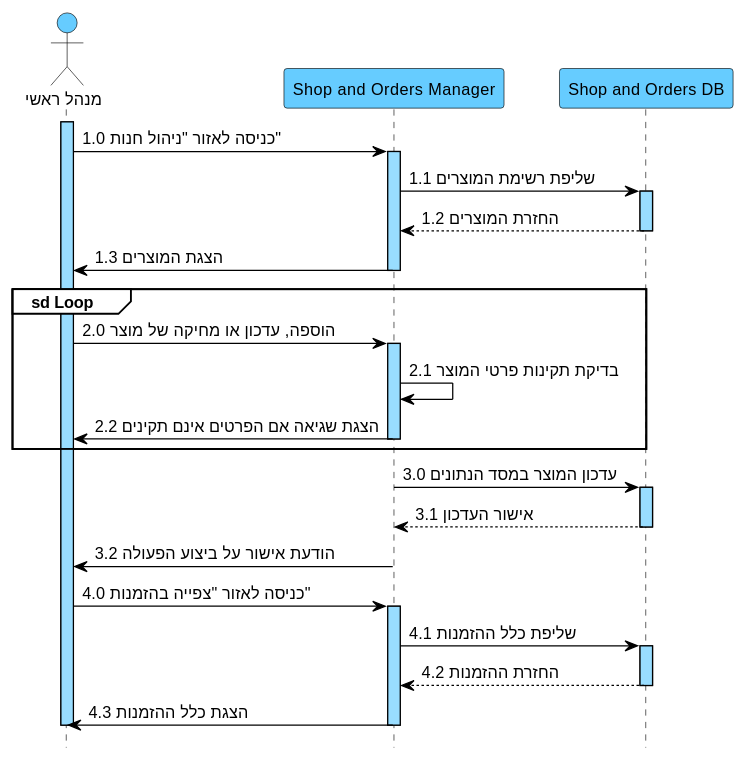
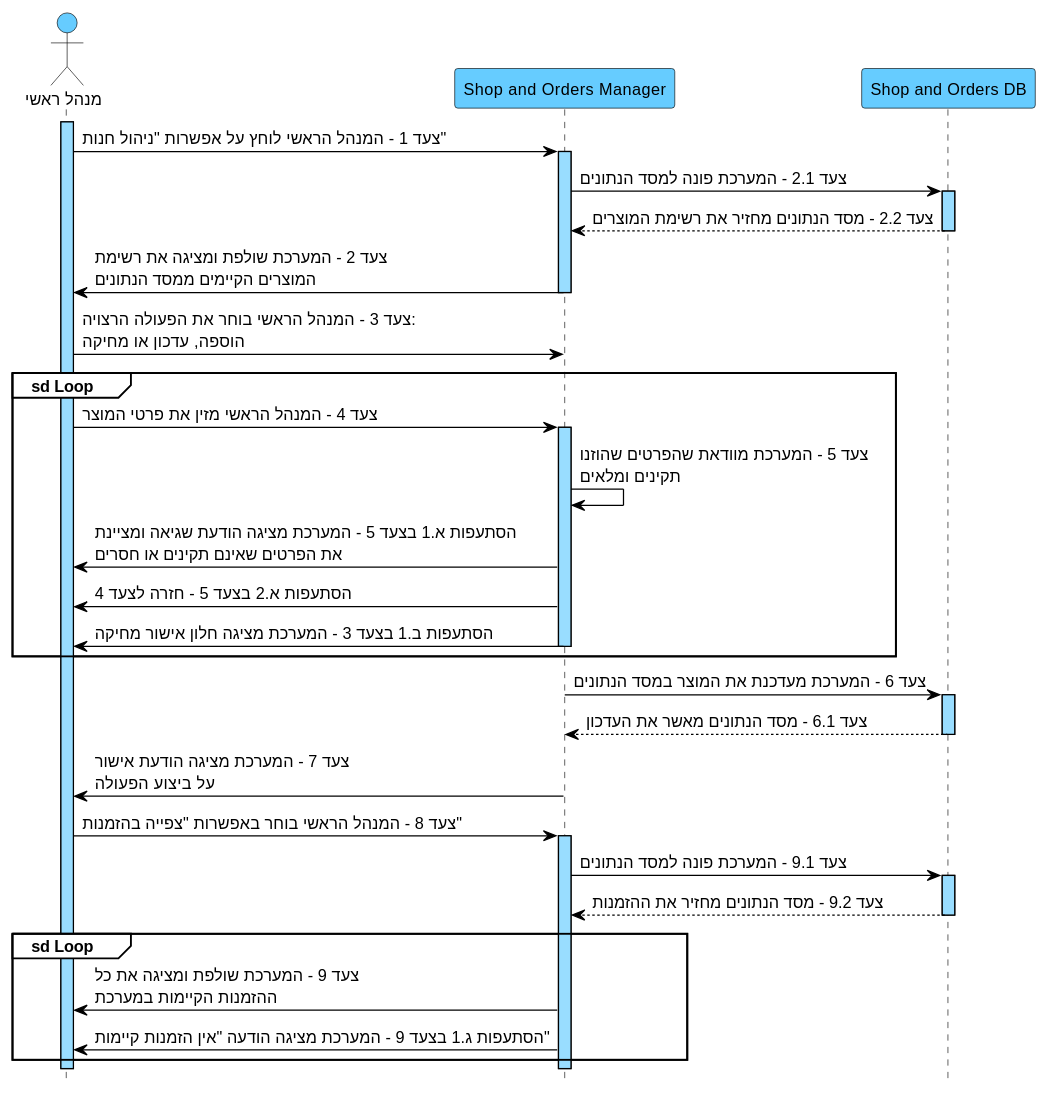
The diagram in docs/diagrams/puml/12-seq-suc12-ניהול-חנות.puml (arielkaplan20/GOLDEN_HAIR_SALOAN), drawn with PlantUML before and after one commit. The commit also changed 26 other files, not shown here.

```diff
--- a/docs/diagrams/puml/12-seq-suc12-ניהול-חנות.puml
+++ b/docs/diagrams/puml/12-seq-suc12-ניהול-חנות.puml
@@ -1,61 +1,69 @@
 @startuml
 hide footbox
 skinparam backgroundColor white
 skinparam defaultFontName Arial
 skinparam defaultFontSize 13
 skinparam sequence {
 ArrowColor black
 ArrowFontColor black
 ActorBorderColor black
 ActorBackgroundColor #66CCFF
 LifeLineBorderColor black
 LifeLineBackgroundColor #99DDFF
 ParticipantBorderColor black
 ParticipantBackgroundColor #66CCFF
 ParticipantFontColor black
 ParticipantFontSize 13
 GroupBorderColor black
 GroupBackgroundColor white
 GroupHeaderFontColor black
 }
 
 actor "מנהל ראשי" as A
 participant "Shop and Orders Manager" as SM
 participant "Shop and Orders DB" as DB
 
 activate A
-A -> SM : 1.0 כניסה לאזור "ניהול חנות"
+A -> SM : צעד 1 - המנהל הראשי לוחץ על אפשרות "ניהול חנות"
 activate SM
-SM -> DB : 1.1 שליפת רשימת המוצרים
+SM -> DB : צעד 2.1 - המערכת פונה למסד הנתונים
 activate DB
-DB --> SM : 1.2 החזרת המוצרים
+DB --> SM : צעד 2.2 - מסד הנתונים מחזיר את רשימת המוצרים
 deactivate DB
-SM -> A : 1.3 הצגת המוצרים
+SM -> A : צעד 2 - המערכת שולפת ומציגה את רשימת\nהמוצרים הקיימים ממסד הנתונים
 deactivate SM
 
+A -> SM : צעד 3 - המנהל הראשי בוחר את הפעולה הרצויה:\nהוספה, עדכון או מחיקה
+
 group sd Loop
-A -> SM : 2.0 הוספה, עדכון או מחיקה של מוצר
+A -> SM : צעד 4 - המנהל הראשי מזין את פרטי המוצר
 activate SM
-SM -> SM : 2.1 בדיקת תקינות פרטי המוצר
-SM -> A : 2.2 הצגת שגיאה אם הפרטים אינם תקינים
+SM -> SM : צעד 5 - המערכת מוודאת שהפרטים שהוזנו\nתקינים ומלאים
+SM -> A : הסתעפות א.1 בצעד 5 - המערכת מציגה הודעת שגיאה ומציינת\nאת הפרטים שאינם תקינים או חסרים
+SM -> A : הסתעפות א.2 בצעד 5 - חזרה לצעד 4
+SM -> A : הסתעפות ב.1 בצעד 3 - המערכת מציגה חלון אישור מחיקה
 deactivate SM
 end
 
 activate SM
-SM -> DB : 3.0 עדכון המוצר במסד הנתונים
+SM -> DB : צעד 6 - המערכת מעדכנת את המוצר במסד הנתונים
 activate DB
-DB --> SM : 3.1 אישור העדכון
+DB --> SM : צעד 6.1 - מסד הנתונים מאשר את העדכון
 deactivate DB
-SM -> A : 3.2 הודעת אישור על ביצוע הפעולה
+SM -> A : צעד 7 - המערכת מציגה הודעת אישור\nעל ביצוע הפעולה
 deactivate SM
 
-A -> SM : 4.0 כניסה לאזור "צפייה בהזמנות"
+A -> SM : צעד 8 - המנהל הראשי בוחר באפשרות "צפייה בהזמנות"
 activate SM
-SM -> DB : 4.1 שליפת כלל ההזמנות
+SM -> DB : צעד 9.1 - המערכת פונה למסד הנתונים
 activate DB
-DB --> SM : 4.2 החזרת ההזמנות
+DB --> SM : צעד 9.2 - מסד הנתונים מחזיר את ההזמנות
 deactivate DB
-SM -> A : 4.3 הצגת כלל ההזמנות
+
+group sd Loop
+SM -> A : צעד 9 - המערכת שולפת ומציגה את כל\nההזמנות הקיימות במערכת
+SM -> A : הסתעפות ג.1 בצעד 9 - המערכת מציגה הודעה "אין הזמנות קיימות"
+end
 deactivate SM
 deactivate A
 @enduml
```
